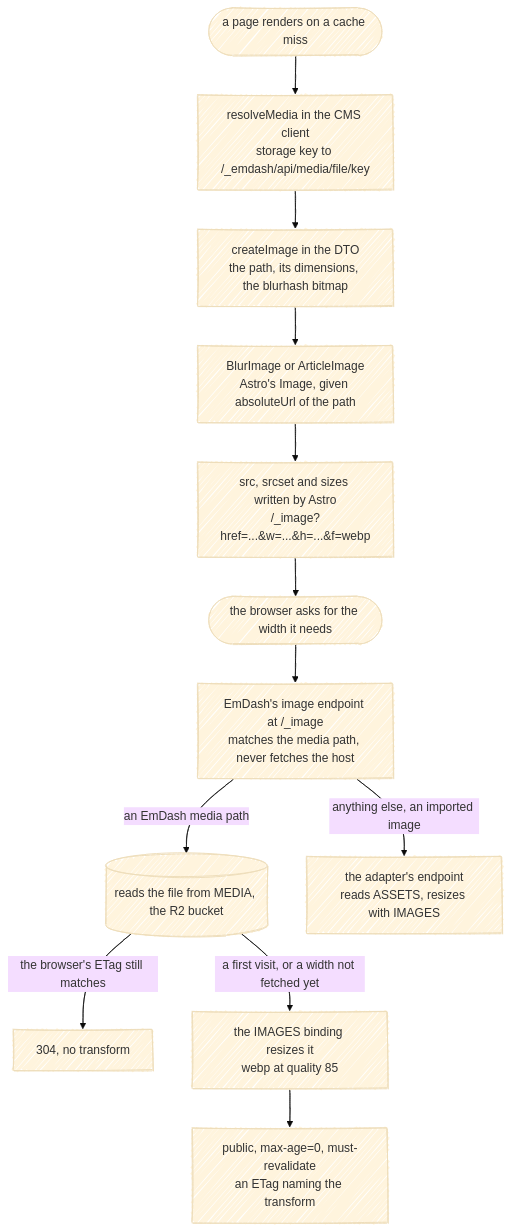
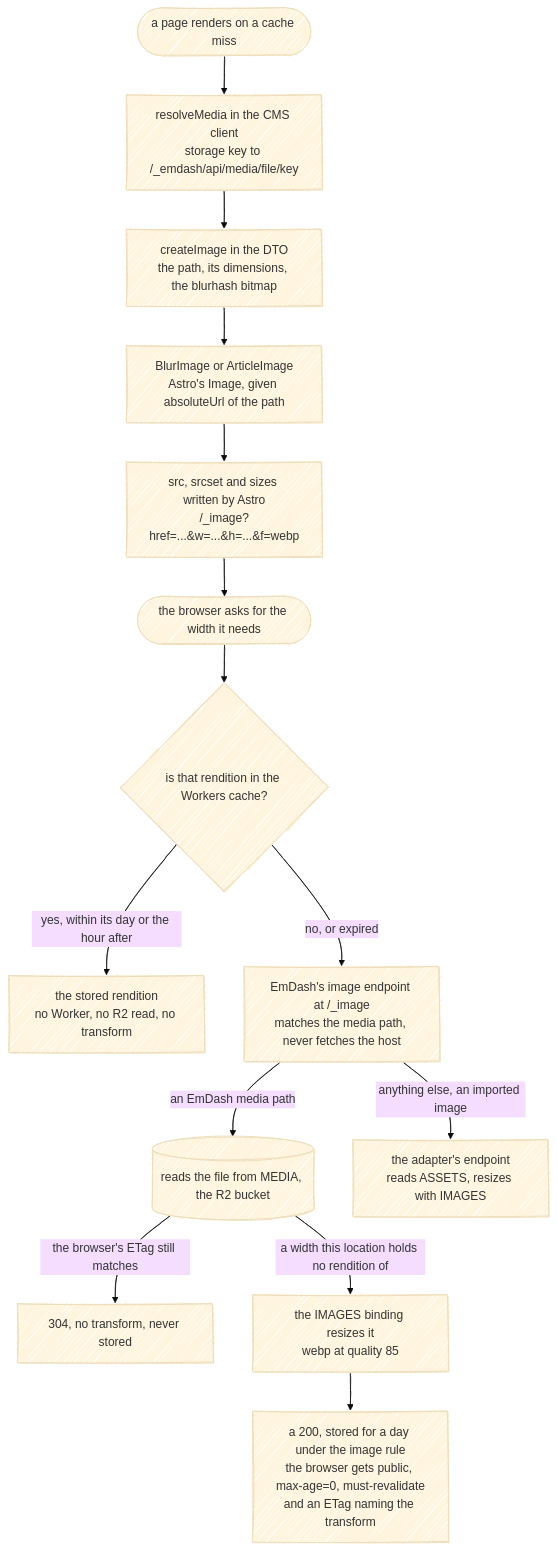
Before and after one commit to fbuireu/biancafiore: the third of 4 diagrams in docs/wiki/Request-Lifecycle.md, drawn with Mermaid (base theme). The commit also changed other lines of this file and 13 other files, not shown here.

````diff
--- a/docs/wiki/Request-Lifecycle.md
+++ b/docs/wiki/Request-Lifecycle.md
@@ -150,19 +152,21 @@
 ```mermaid
 ---
 config:
   look: handDrawn
   layout: dagre
 ---
 flowchart TB
     render(["a page renders on a cache miss"]) --> resolve["resolveMedia in the CMS client<br/>storage key to /_emdash/api/media/file/key"]
     resolve --> create["createImage in the DTO<br/>the path, its dimensions, the blurhash bitmap"]
     create --> component["BlurImage or ArticleImage<br/>Astro's Image, given absoluteUrl of the path"]
     component --> html["src, srcset and sizes written by Astro<br/>/_image?href=...&w=...&h=...&f=webp"]
     html --> browser(["the browser asks for the width it needs"])
-    browser --> endpoint["EmDash's image endpoint at /_image<br/>matches the media path, never fetches the host"]
+    browser --> held{"is that rendition in the Workers cache?"}
+    held -- "yes, within its day or the hour after" --> stored["the stored rendition<br/>no Worker, no R2 read, no transform"]
+    held -- "no, or expired" --> endpoint["EmDash's image endpoint at /_image<br/>matches the media path, never fetches the host"]
     endpoint -- "an EmDash media path" --> read[("reads the file from MEDIA, the R2 bucket")]
-    read -- "the browser's ETag still matches" --> notModified["304, no transform"]
-    read -- "a first visit, or a width not fetched yet" --> binding["the IMAGES binding resizes it<br/>webp at quality 85"]
-    binding --> answer["public, max-age=0, must-revalidate<br/>an ETag naming the transform"]
+    read -- "the browser's ETag still matches" --> notModified["304, no transform, never stored"]
+    read -- "a width this location holds no rendition of" --> binding["the IMAGES binding resizes it<br/>webp at quality 85"]
+    binding --> answer["a 200, stored for a day under the image rule<br/>the browser gets public, max-age=0, must-revalidate<br/>and an ETag naming the transform"]
     endpoint -- "anything else, an imported image" --> stock["the adapter's endpoint<br/>reads ASSETS, resizes with IMAGES"]
 ```
````
